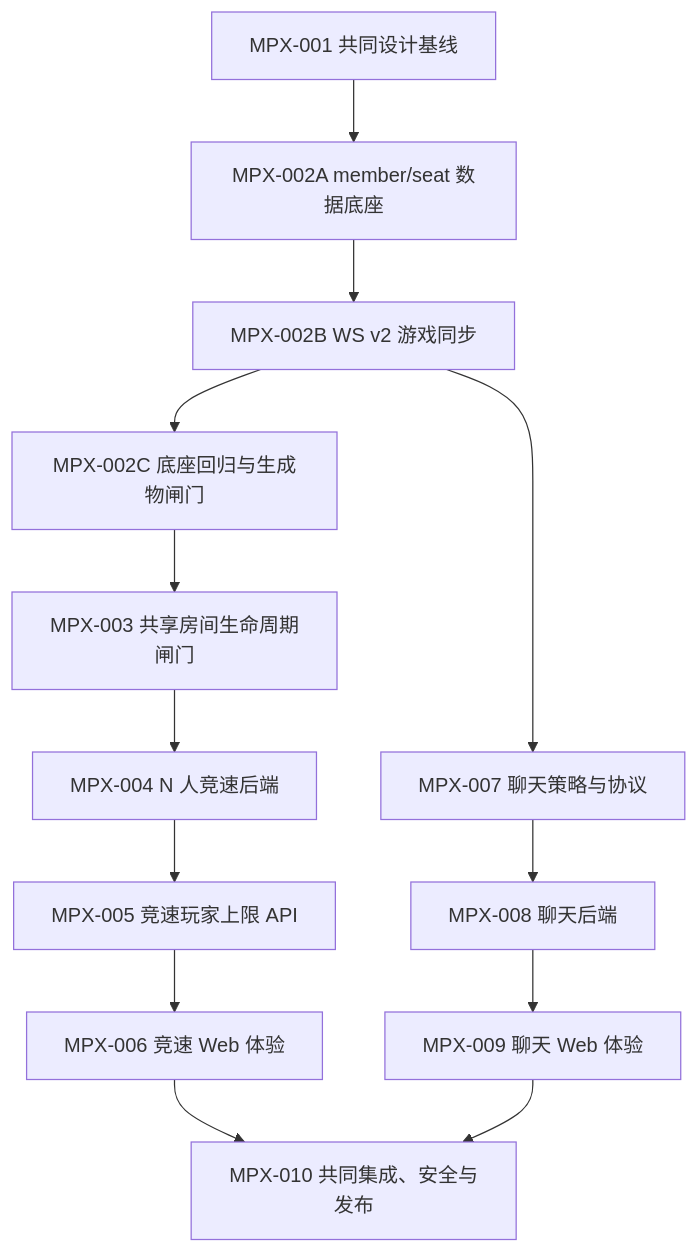
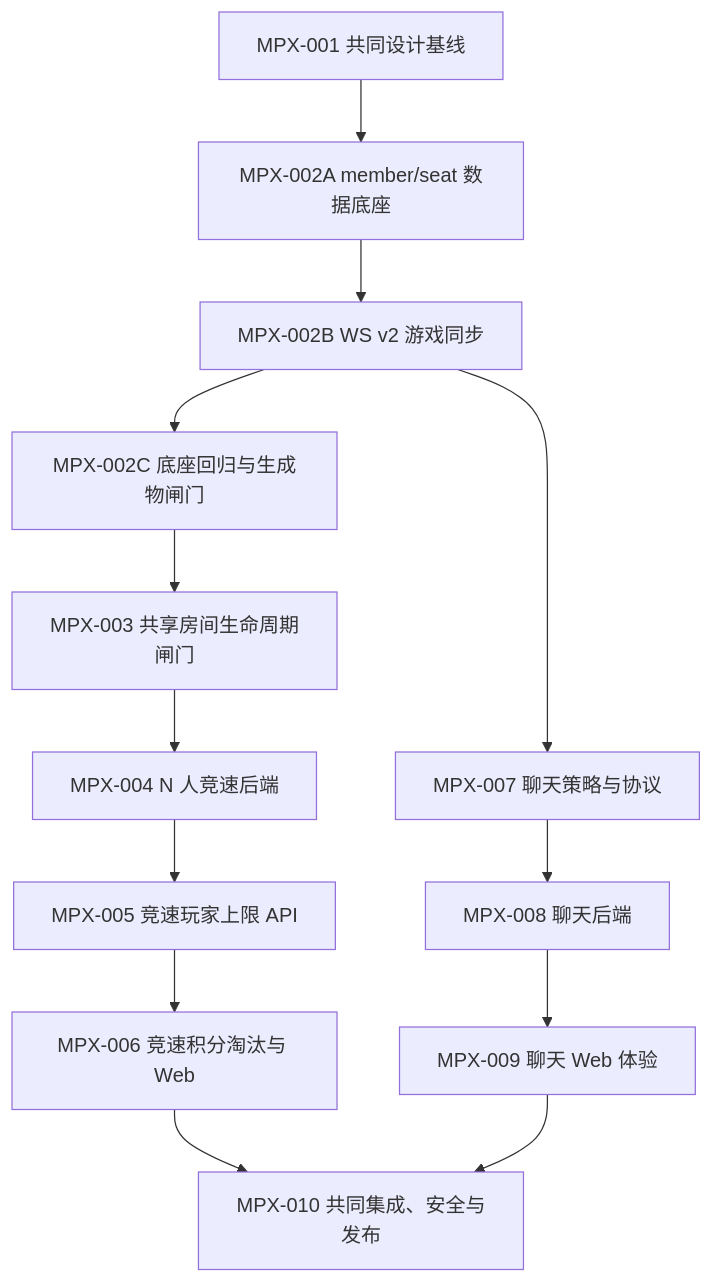
Before and after one commit to jachinzhang1/TouhouFlandre: the fifth of 6 diagrams in docs/multiplayer-expansion/README.md, drawn with Mermaid. The commit also changed other lines of this file and 13 other files, not shown here.

Commit message:
test(multi): verify race elimination flows

````diff
--- a/docs/multiplayer-expansion/README.md
+++ b/docs/multiplayer-expansion/README.md
@@ -160,15 +160,15 @@
 ```mermaid
 flowchart TD
     I1[MPX-001 共同设计基线] --> I2A[MPX-002A member/seat 数据底座]
     I2A --> I2B[MPX-002B WS v2 游戏同步]
     I2B --> I2C[MPX-002C 底座回归与生成物闸门]
     I2C --> I3[MPX-003 共享房间生命周期闸门]
     I3 --> A4[MPX-004 N 人竞速后端]
     A4 --> A5[MPX-005 竞速玩家上限 API]
-    A5 --> B6[MPX-006 竞速 Web 体验]
+    A5 --> B6[MPX-006 竞速积分淘汰与 Web]
     I2B --> A7[MPX-007 聊天策略与协议]
     A7 --> A8[MPX-008 聊天后端]
     A8 --> B9[MPX-009 聊天 Web 体验]
     B6 --> I10[MPX-010 共同集成、安全与发布]
     B9 --> I10
 ```
````
